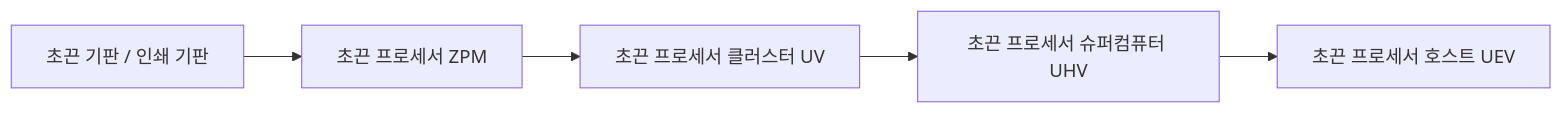
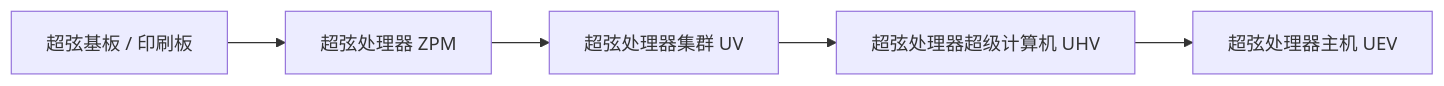
One commit to takanashisatou/GregtechEasy changed the first of 2 diagrams in docs/ko/gtecore/circuits-and-materials.md. Above: the diagram before and after it, drawn with Mermaid. The commit also changed other lines of this file and 144 other files, not shown here.

````diff
--- a/docs/ko/gtecore/circuits-and-materials.md
+++ b/docs/ko/gtecore/circuits-and-materials.md
@@ -11,7 +11,7 @@
 ```mermaid
 graph LR
-    A[초끈 기판 / 인쇄 기판] --> B[초끈 프로세서 ZPM]
-    B --> C[초끈 프로세서 클러스터 UV]
-    C --> D[초끈 프로세서 슈퍼컴퓨터 UHV]
-    D --> E[초끈 프로세서 호스트 UEV]
+    A[超弦基板 / 印刷板] --> B[超弦处理器 ZPM]
+    B --> C[超弦处理器集群 UV]
+    C --> D[超弦处理器超级计算机 UHV]
+    D --> E[超弦处理器主机 UEV]
 ```
````
